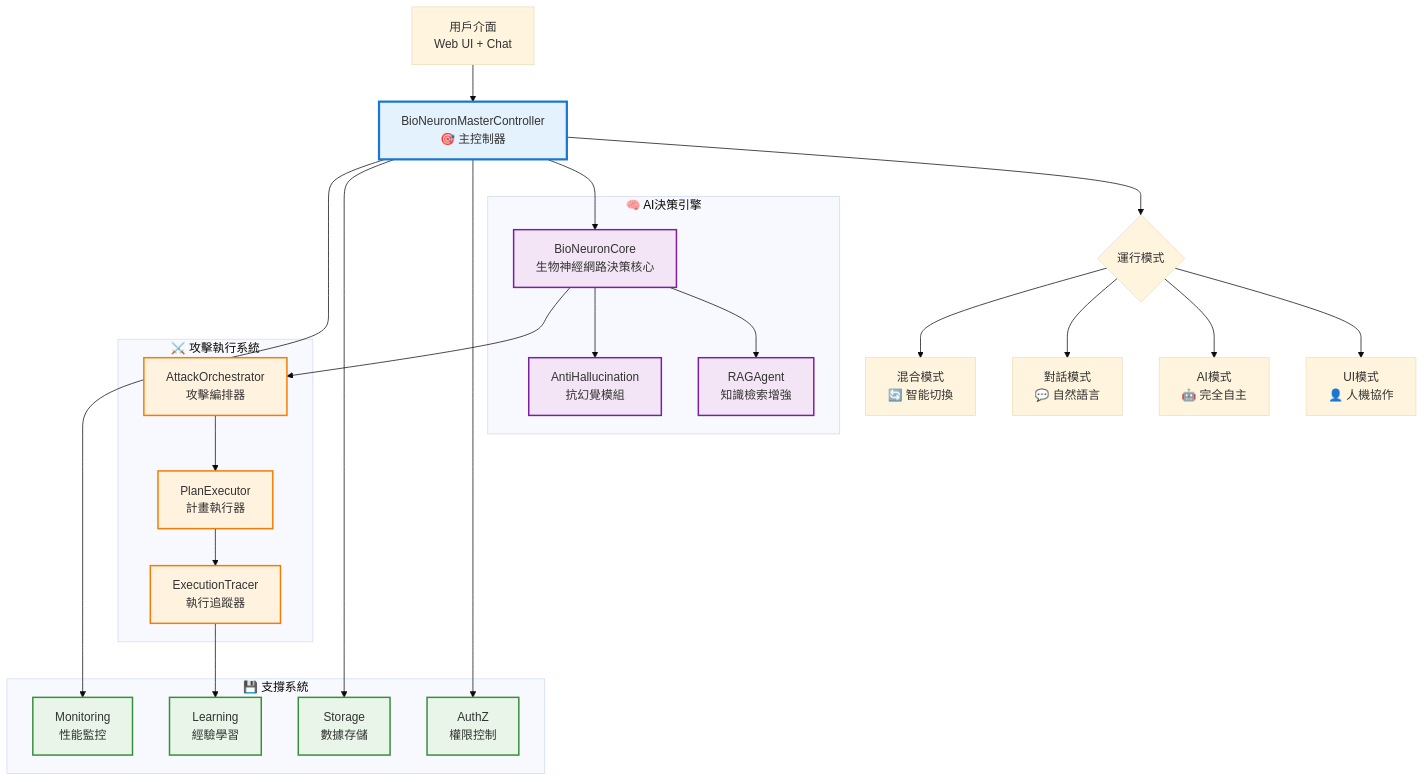
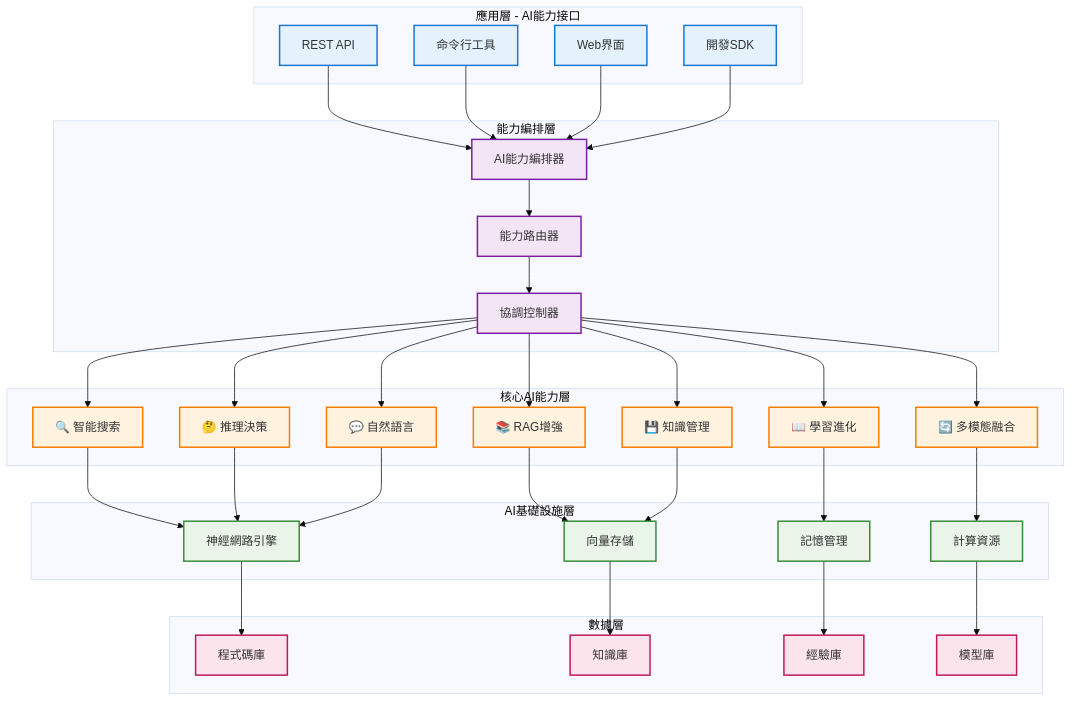
The diagram in services/core/aiva_core/README.md (kyle0527/AIVA), drawn with Mermaid (base theme) before and after one commit. The commit also changed other lines of this file and 324 other files, not shown here.

First line of the commit message:
fix: Complete P0-P2 architecture fixes + semantic encoding upgrade

````diff
--- a/services/core/aiva_core/README.md
+++ b/services/core/aiva_core/README.md
@@ -51,51 +1287,80 @@
 ```mermaid
 graph TB
-    UI[用戶介面<br/>Web UI + Chat] --> MASTER[BioNeuronMasterController<br/>🎯 主控制器]
-    
-    MASTER --> MODE{運行模式}
-    MODE --> UI_MODE[UI模式<br/>👤 人機協作]
-    MODE --> AI_MODE[AI模式<br/>🤖 完全自主]
-    MODE --> CHAT_MODE[對話模式<br/>💬 自然語言]
-    MODE --> HYBRID[混合模式<br/>🔄 智能切換]
-    
-    subgraph "🧠 AI決策引擎"
-        BIO[BioNeuronCore<br/>生物神經網路決策核心]
-        RAG[RAGAgent<br/>知識檢索增強]
-        ANTI[AntiHallucination<br/>抗幻覺模組]
+    subgraph "應用層 - AI能力接口"
+        API[REST API]
+        CLI[命令行工具] 
+        WEB[Web界面]
+        SDK[開發SDK]
     end
     
-    subgraph "⚔️ 攻擊執行系統"
-        PLANNER[AttackOrchestrator<br/>攻擊編排器]
-        EXECUTOR[PlanExecutor<br/>計畫執行器]
-        TRACER[ExecutionTracer<br/>執行追蹤器]
+    subgraph "能力編排層"
+        ORCHESTRATOR[AI能力編排器]
+        ROUTER[能力路由器]
+        COORDINATOR[協調控制器]
     end
     
-    subgraph "💾 支撐系統"
-        AUTH[AuthZ<br/>權限控制]
-        STORAGE[Storage<br/>數據存儲]
-        MONITOR[Monitoring<br/>性能監控]
-        LEARNING[Learning<br/>經驗學習]
+    subgraph "核心AI能力層"
+        SEARCH[🔍 智能搜索]
+        RAG[📚 RAG增強]
+        REASONING[🤔 推理決策]
+        LEARNING[📖 學習進化]
+        KNOWLEDGE[💾 知識管理]
+        NLP[💬 自然語言]
+        MULTIMODAL[🔄 多模態融合]
     end
     
-    MASTER --> BIO
-    BIO --> RAG
-    BIO --> ANTI
-    BIO --> PLANNER
-    PLANNER --> EXECUTOR
-    EXECUTOR --> TRACER
+    subgraph "AI基礎設施層"
+        NEURAL[神經網路引擎]
+        VECTOR[向量存儲]
+        MEMORY[記憶管理]
+        COMPUTE[計算資源]
+    end
     
-    MASTER --> AUTH
-    MASTER --> STORAGE
-    MASTER --> MONITOR
-    TRACER --> LEARNING
+    subgraph "數據層"
+        CODEBASE[程式碼庫]
+        KNOWLEDGE_DB[知識庫]
+        EXPERIENCE[經驗庫]
+        MODELS[模型庫]
+    end
     
-    classDef controller fill:#e3f2fd,stroke:#1976d2,stroke-width:3px
-    classDef ai fill:#f3e5f5,stroke:#7b1fa2,stroke-width:2px
-    classDef attack fill:#fff3e0,stroke:#f57c00,stroke-width:2px
-    classDef support fill:#e8f5e8,stroke:#388e3c,stroke-width:2px
+    API --> ORCHESTRATOR
+    CLI --> ORCHESTRATOR  
+    WEB --> ORCHESTRATOR
+    SDK --> ORCHESTRATOR
     
-    class MASTER controller
-    class BIO,RAG,ANTI ai
-    class PLANNER,EXECUTOR,TRACER attack
-    class AUTH,STORAGE,MONITOR,LEARNING support
+    ORCHESTRATOR --> ROUTER
+    ROUTER --> COORDINATOR
+    
+    COORDINATOR --> SEARCH
+    COORDINATOR --> RAG
+    COORDINATOR --> REASONING
+    COORDINATOR --> LEARNING
+    COORDINATOR --> KNOWLEDGE
+    COORDINATOR --> NLP
+    COORDINATOR --> MULTIMODAL
+    
+    SEARCH --> NEURAL
+    RAG --> VECTOR
+    REASONING --> NEURAL
+    LEARNING --> MEMORY
+    KNOWLEDGE --> VECTOR
+    NLP --> NEURAL
+    MULTIMODAL --> COMPUTE
+    
+    NEURAL --> CODEBASE
+    VECTOR --> KNOWLEDGE_DB
+    MEMORY --> EXPERIENCE
+    COMPUTE --> MODELS
+    
+    classDef application fill:#e3f2fd,stroke:#1976d2,stroke-width:2px
+    classDef orchestration fill:#f3e5f5,stroke:#7b1fa2,stroke-width:2px
+    classDef capability fill:#fff3e0,stroke:#f57c00,stroke-width:2px
+    classDef infrastructure fill:#e8f5e8,stroke:#388e3c,stroke-width:2px
+    classDef data fill:#fce4ec,stroke:#c2185b,stroke-width:2px
+    
+    class API,CLI,WEB,SDK application
+    class ORCHESTRATOR,ROUTER,COORDINATOR orchestration
+    class SEARCH,RAG,REASONING,LEARNING,KNOWLEDGE,NLP,MULTIMODAL capability
+    class NEURAL,VECTOR,MEMORY,COMPUTE infrastructure
+    class CODEBASE,KNOWLEDGE_DB,EXPERIENCE,MODELS data
 ```
````
